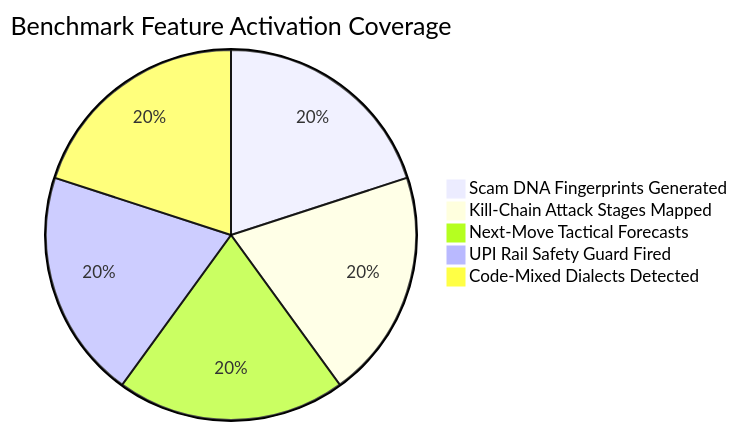
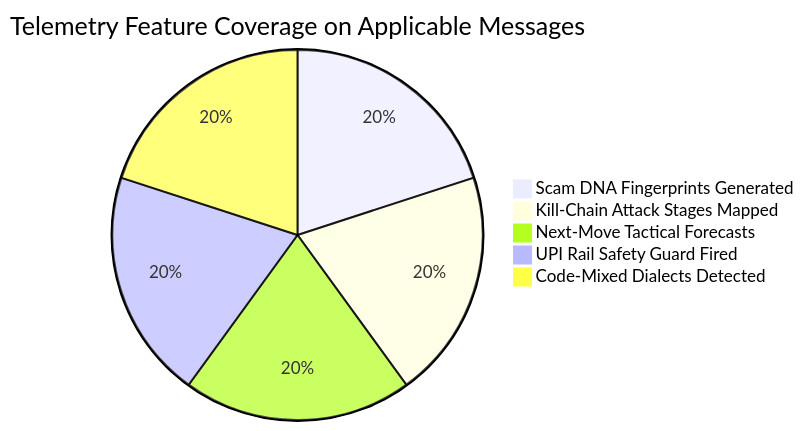
Before and after one commit to venkatasaiaitha-dotcom/ScamShield: the second of 3 diagrams in docs/BENCHMARK_REPORT.md, drawn with Mermaid. The commit also changed other lines of this file and 3 other files, not shown here.

````diff
--- a/docs/BENCHMARK_REPORT.md
+++ b/docs/BENCHMARK_REPORT.md
@@ -117,8 +160,8 @@
 ```mermaid
-pie title Benchmark Feature Activation Coverage
+pie title Telemetry Feature Coverage on Applicable Messages
     "Scam DNA Fingerprints Generated" : 100
     "Kill-Chain Attack Stages Mapped" : 100
     "Next-Move Tactical Forecasts" : 100
     "UPI Rail Safety Guard Fired" : 100
     "Code-Mixed Dialects Detected" : 100
 ```
````
